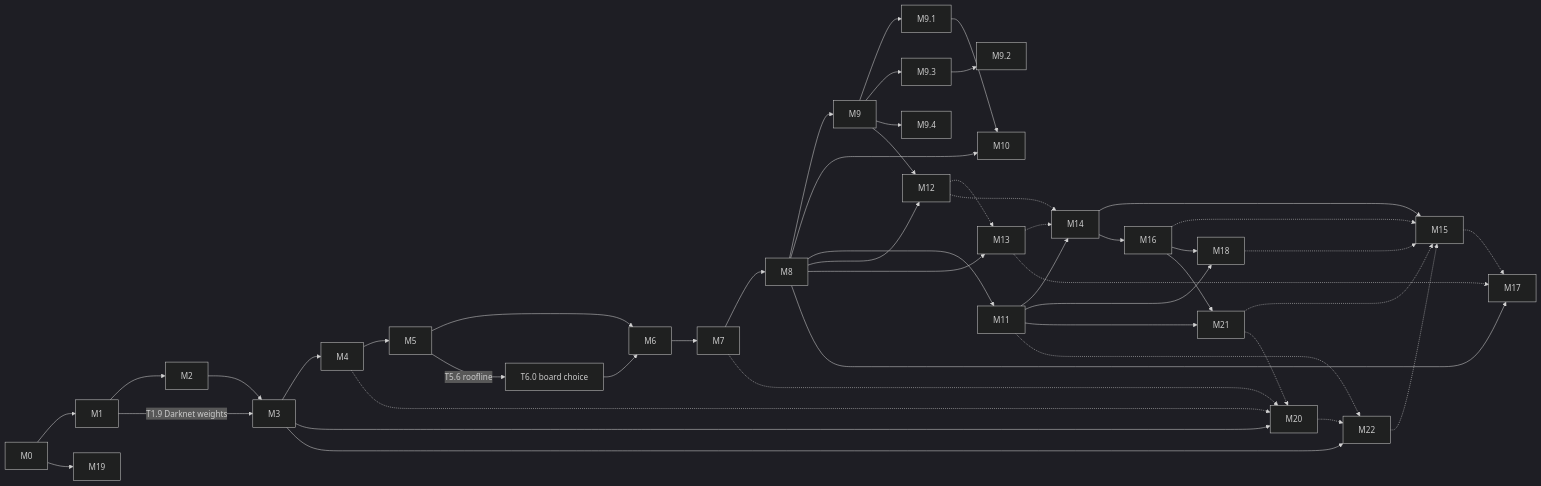
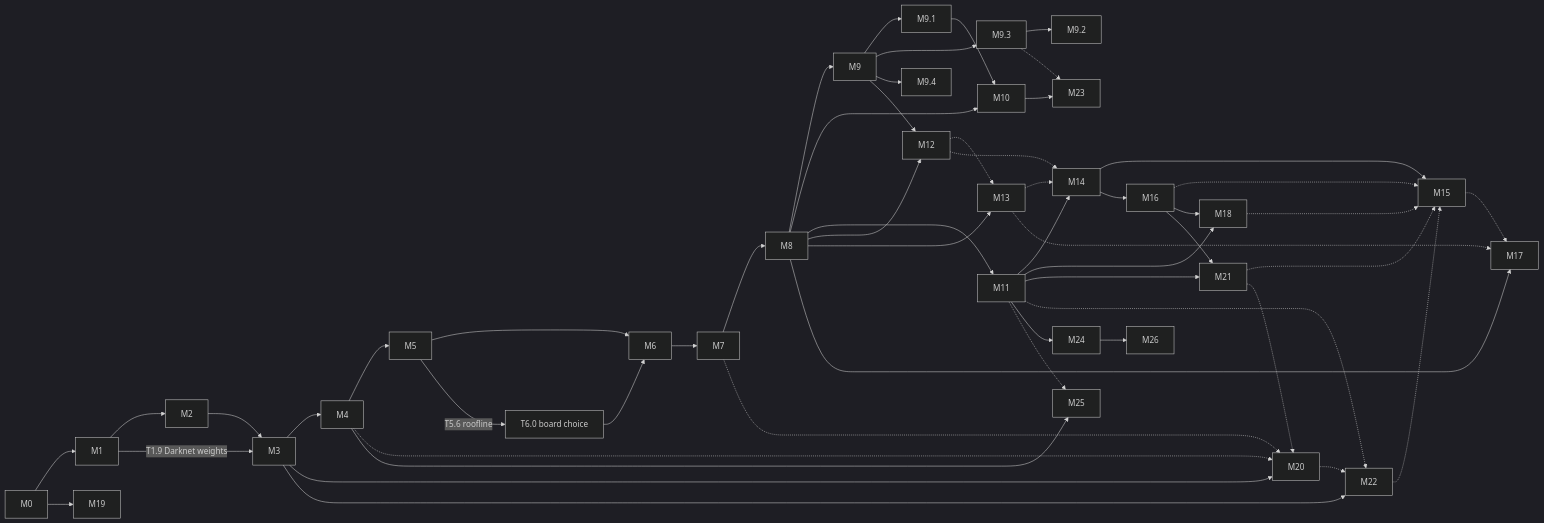
One commit to lrivals/EmbeddedComputervision changed the diagram in docs/tasks/README.md. Above: the diagram before and after it, drawn with Mermaid (dark theme). The commit also changed other lines of this file and 6 other files, not shown here.

````diff
--- a/docs/tasks/README.md
+++ b/docs/tasks/README.md
@@ -42,41 +46,47 @@
 ```mermaid
 graph LR
   M0 --> M1 --> M2 --> M3
   M1 -- "T1.9 Darknet weights" --> M3
   M3 --> M4 --> M5 --> M6 --> M7 --> M8
   M5 -- "T5.6 roofline" --> T60["T6.0 board choice"] --> M6
   M8 --> M9
   M9 --> M91[M9.1] & M93[M9.3] & M94[M9.4]
   M93 --> M92[M9.2]
   M8 --> M10[M10]
   M91 --> M10
   M8 --> M11[M11]
   M8 --> M12[M12]
   M9 --> M12
   M8 --> M13[M13]
   M12 -.-> M13
   M11 --> M14[M14]
   M12 -.-> M14
   M13 -.-> M14
   M14 --> M15[M15]
   M14 --> M16[M16]
   M16 -.-> M15
   M8 --> M17[M17]
   M13 -.-> M17
   M15 -.-> M17
   M11 --> M18[M18]
   M16 --> M18
   M18 -.-> M15
   M0 --> M19[M19]
   M3 --> M20[M20]
   M11 --> M21[M21]
   M16 --> M21
   M21 -.-> M15
   M21 -.-> M20
   M4 -.-> M20
   M7 -.-> M20
   M3 --> M22[M22]
   M20 -.-> M22
   M11 -.-> M22
   M22 -.-> M15
+  M10 --> M23[M23]
+  M93 -.-> M23
+  M11 --> M24[M24]
+  M4 --> M25[M25]
+  M11 -.-> M25
+  M24 --> M26[M26]
 ```
````
